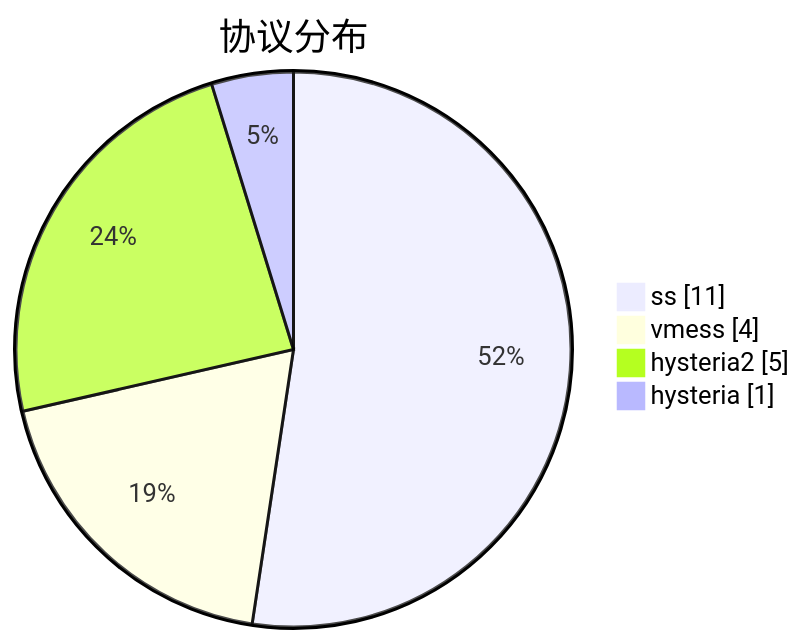
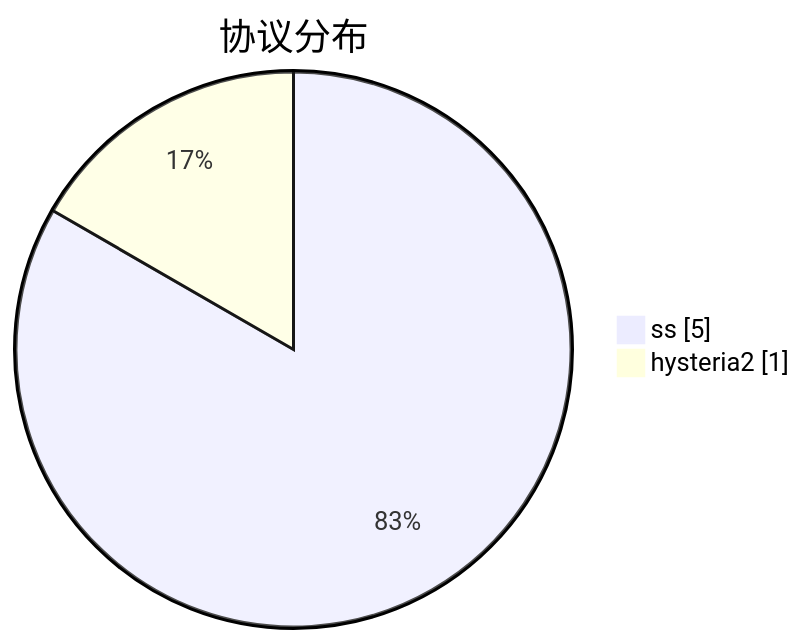
One commit to sinspired/airport changed the third of 3 diagrams in subs/statistics/tested_within.md. Above: the diagram before and after it, drawn with Mermaid. The commit also changed other lines of this file and 2 other files, not shown here.

````diff
--- a/subs/statistics/tested_within.md
+++ b/subs/statistics/tested_within.md
@@ -16,8 +14,6 @@
 ```mermaid
 pie showData
 title 协议分布
-"ss" : 11
-"vmess" : 4
-"hysteria2" : 5
-"hysteria" : 1
+"ss" : 5
+"hysteria2" : 1
 ```
````
